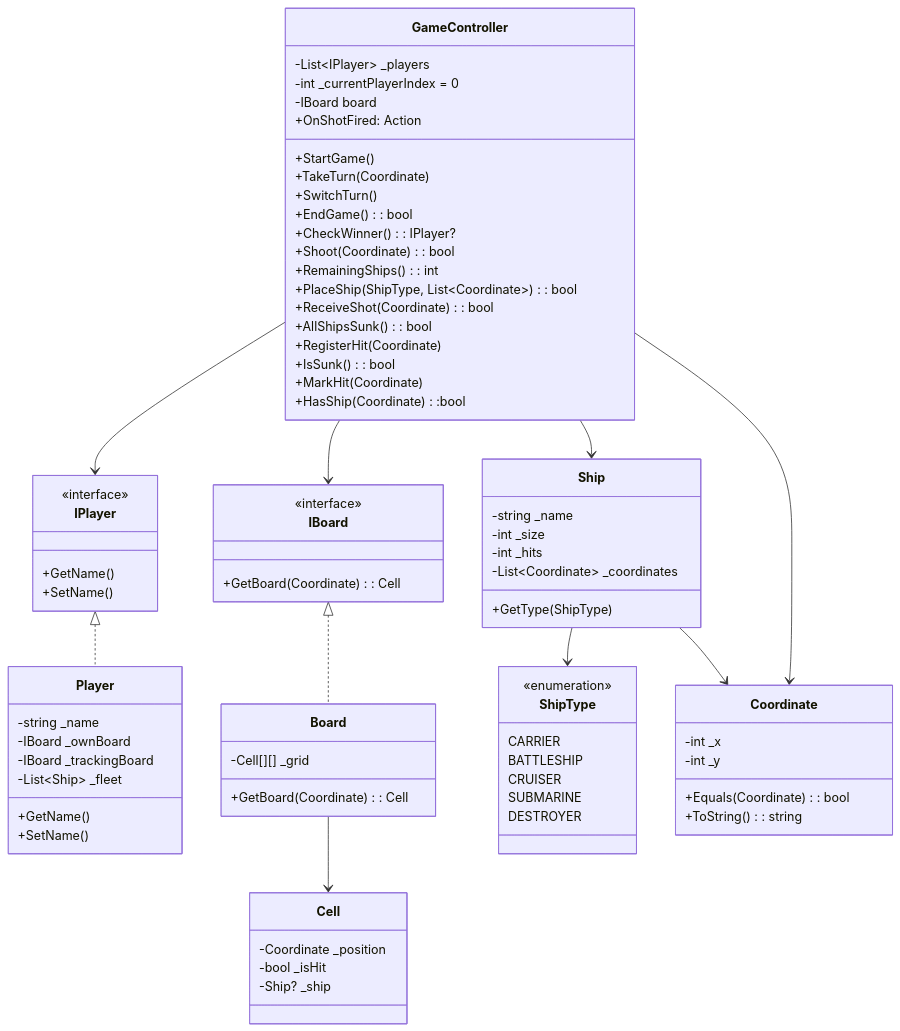
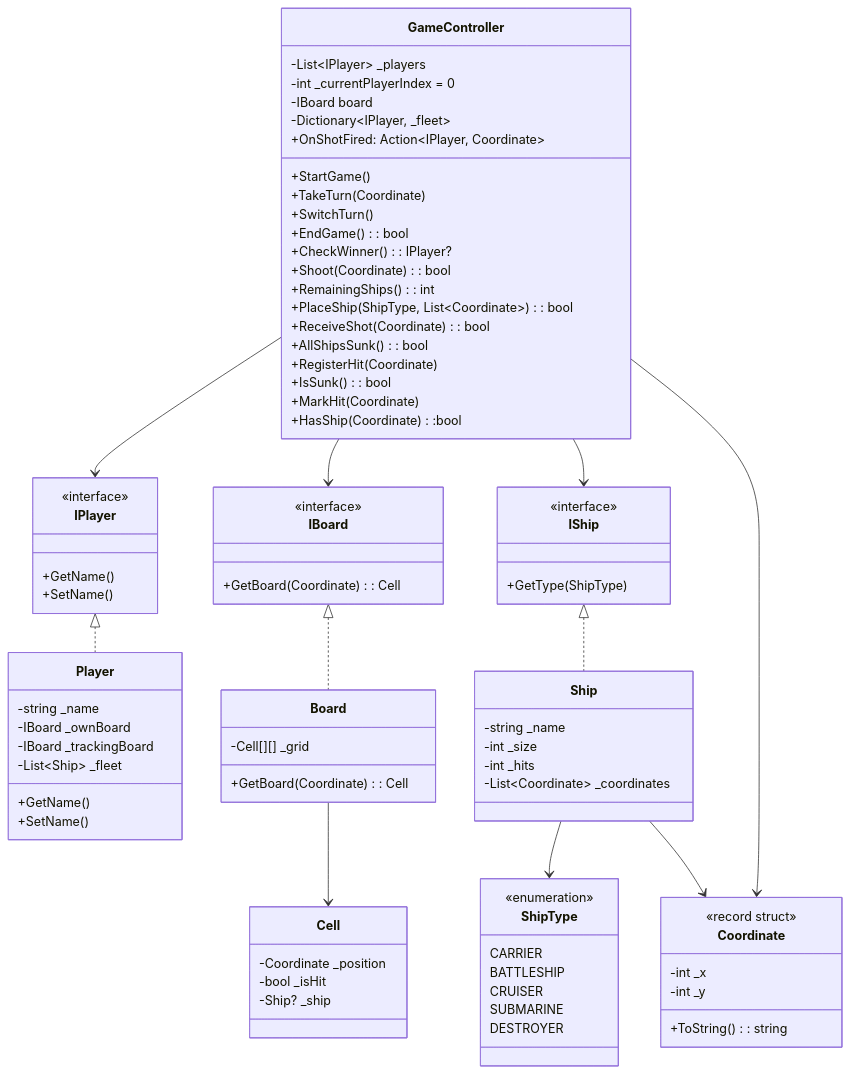
Before and after one commit to rifrifai/bootcamp: the diagram in Quiz/Battleship5.mmd, drawn with Mermaid. The commit also changed 1 other file, not shown here.

```diff
--- a/Quiz/Battleship5.mmd
+++ b/Quiz/Battleship5.mmd
@@ -1,91 +1,97 @@
 classDiagram
   %% ==== Core Classes ====
   class GameController {
     -List~IPlayer~ _players
     -int _currentPlayerIndex = 0
     -IBoard board
+    -Dictionary~IPlayer, _fleet~
     +StartGame()
     +TakeTurn(Coordinate)
     +SwitchTurn()
     +EndGame(): bool
     +CheckWinner(): IPlayer?
-    +OnShotFired: Action<IPlayer, Coordinate, bool>
+    +OnShotFired: Action~IPlayer, Coordinate~
     +Shoot(Coordinate): bool
     +RemainingShips(): int
     +PlaceShip(ShipType, List~Coordinate~ ): bool
     +ReceiveShot(Coordinate): bool
     +AllShipsSunk(): bool
     +RegisterHit(Coordinate)
     +IsSunk(): bool
     +MarkHit(Coordinate)
     +HasShip(Coordinate):bool
   }
 
   class Ship {
     -string _name
     -int _size
     -int _hits
     -List~Coordinate~ _coordinates
-    +GetType(ShipType)
   }
 
   class Coordinate {
     -int _x
     -int _y
-    +Equals(Coordinate): bool
     +ToString(): string
+    <<record struct>>
   }
 
   %% ==== Interfaces ====
   class IPlayer {
     <<interface>>
     +GetName()
     +SetName()
   }
 
   class IBoard {
     <<interface>>
     +GetBoard(Coordinate): Cell
+  }
+
+  class IShip{
+    <<interface>>
+    +GetType(ShipType)
   }
 
   %% ==== Implementations ====
   class Player {
     -string _name
     -IBoard _ownBoard
     -IBoard _trackingBoard
     -List~Ship~ _fleet
     +GetName()
     +SetName()
   }
 
   class Board {
     -Cell[][] _grid
     +GetBoard(Coordinate): Cell
 
   }
 
   class Cell {
     -Coordinate _position
     -bool _isHit
     -Ship? _ship
   }
 
   class ShipType {
     CARRIER
     BATTLESHIP
     CRUISER
     SUBMARINE
     DESTROYER
     <<enumeration>>
   }
 
   %% ==== Relationships ====
   GameController --> IPlayer
   GameController --> IBoard
-  GameController --> Ship
+  GameController --> IShip
   GameController --> Coordinate
+  IShip <|.. Ship
   IPlayer <|.. Player
   IBoard <|.. Board
   Board --> Cell
   Ship --> ShipType
   Ship --> Coordinate
```
